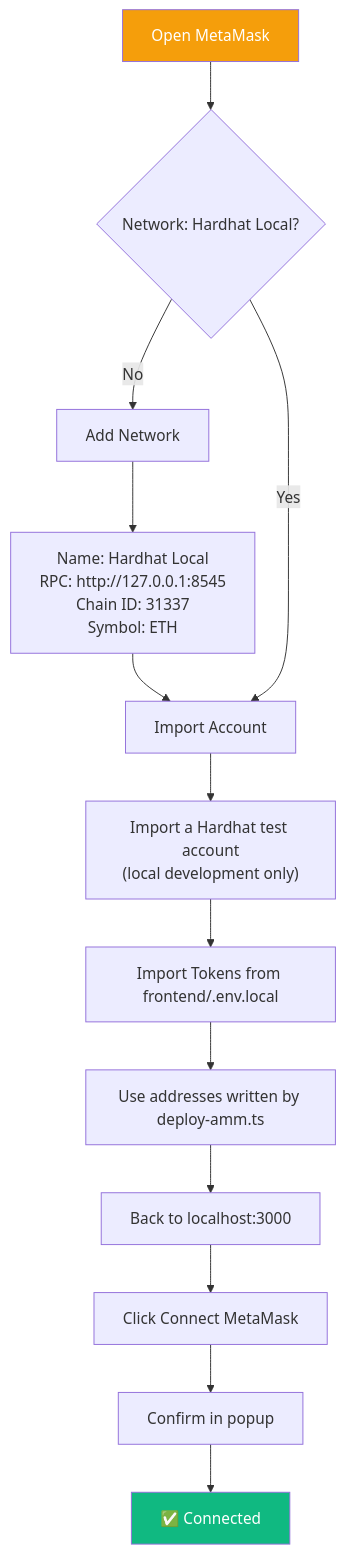
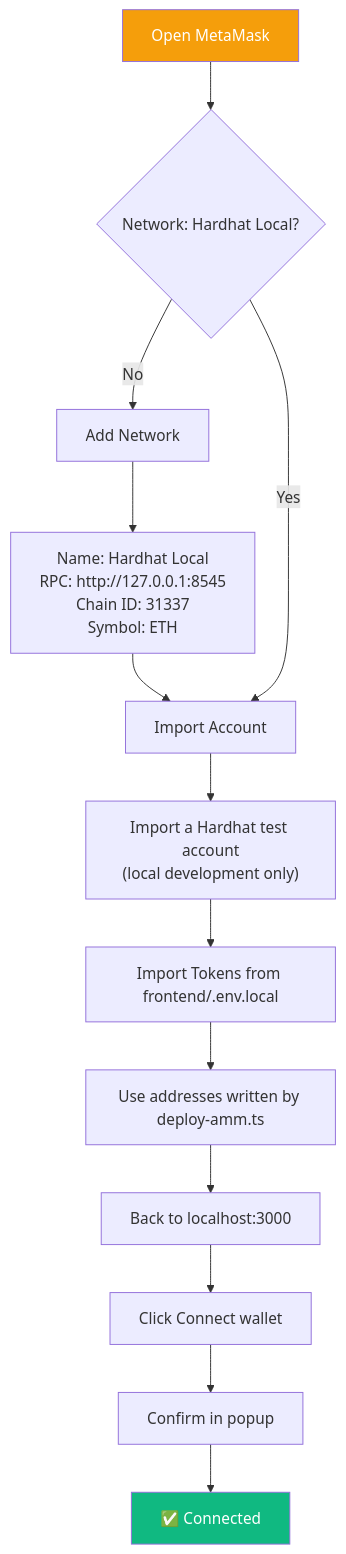
One commit to kk666679/defi-amm changed the eighth of 8 diagrams in README.md. Above: the diagram before and after it, drawn with Mermaid. The commit also changed other lines of this file and 19 other files, not shown here.

Commit message:
Add Sepolia wallet deployment flow

````diff
--- a/README.md
+++ b/README.md
@@ -333,18 +341,18 @@
 ```mermaid
 flowchart TD
     A[Open MetaMask] --> B{Network: Hardhat Local?}
     B -->|No| C[Add Network]
     C --> C1["Name: Hardhat Local<br/>RPC: http://127.0.0.1:8545<br/>Chain ID: 31337<br/>Symbol: ETH"]
     C1 --> D[Import Account]
     B -->|Yes| D
     D --> E["Import a Hardhat test account<br/>(local development only)"]
     E --> F[Import Tokens from frontend/.env.local]
     F --> F1["Use addresses written by deploy-amm.ts"]
     F1 --> G[Back to localhost:3000]
-    G --> H[Click Connect MetaMask]
+    G --> H[Click Connect wallet]
     H --> I[Confirm in popup]
     I --> J[✅ Connected]
 
     style A fill:#f59e0b,color:#fff
     style J fill:#10b981,color:#fff
 ```
````
